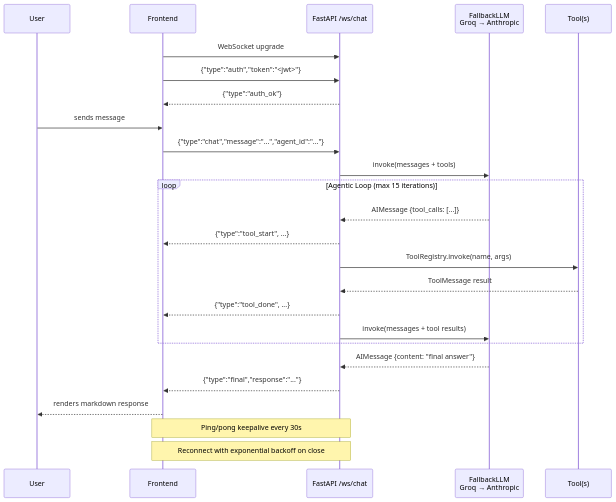
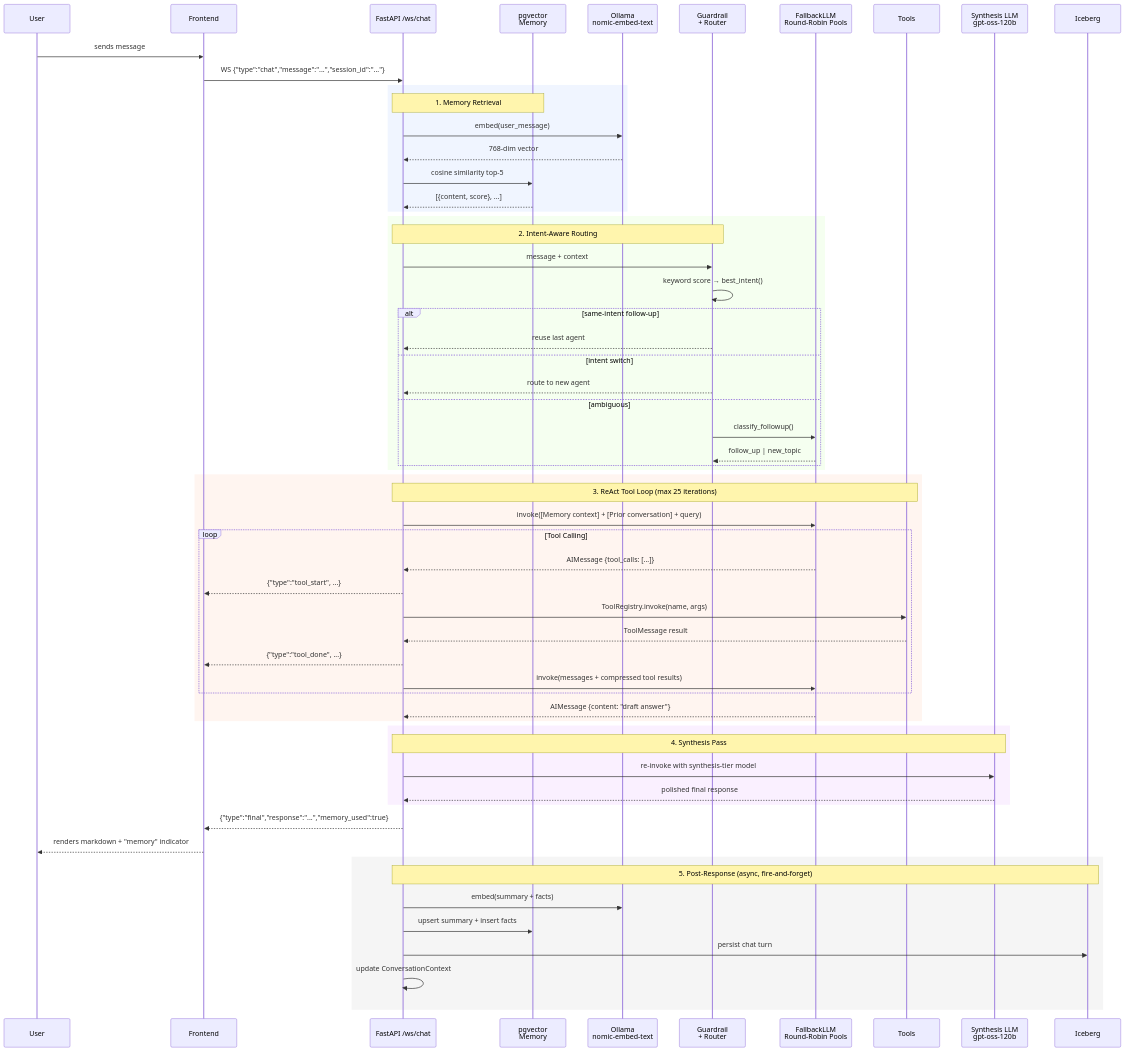
Before and after one commit to asequitytrading-design/ai-agent-ui: the second of 4 diagrams in README.md, drawn with Mermaid. The commit also changed other lines of this file and 204 other files, not shown here.

First line of the commit message:
Sprint 4: Memory-augmented chat, round-robin cascade, observability redesign (#108)

````diff
--- a/README.md
+++ b/README.md
@@ -156,32 +210,69 @@
 ```mermaid
 sequenceDiagram
     participant U as User
     participant FE as Frontend
     participant BE as FastAPI /ws/chat
-    participant LLM as FallbackLLM<br/>Groq → Anthropic
-    participant T as Tool(s)
-
-    FE->>BE: WebSocket upgrade
-    FE->>BE: {"type":"auth","token":"<jwt>"}
-    BE-->>FE: {"type":"auth_ok"}
+    participant MEM as pgvector<br/>Memory
+    participant EMB as Ollama<br/>nomic-embed-text
+    participant GD as Guardrail<br/>+ Router
+    participant LLM as FallbackLLM<br/>Round-Robin Pools
+    participant T as Tools
+    participant SYN as Synthesis LLM<br/>gpt-oss-120b
+    participant ICE as Iceberg
 
     U->>FE: sends message
-    FE->>BE: {"type":"chat","message":"...","agent_id":"..."}
-    BE->>LLM: invoke(messages + tools)
+    FE->>BE: WS {"type":"chat","message":"...","session_id":"..."}
 
-    loop Agentic Loop (max 15 iterations)
-        LLM-->>BE: AIMessage {tool_calls: [...]}
-        BE-->>FE: {"type":"tool_start", ...}
-        BE->>T: ToolRegistry.invoke(name, args)
-        T-->>BE: ToolMessage result
-        BE-->>FE: {"type":"tool_done", ...}
-        BE->>LLM: invoke(messages + tool results)
+    rect rgb(240, 245, 255)
+        Note over BE,MEM: 1. Memory Retrieval
+        BE->>EMB: embed(user_message)
+        EMB-->>BE: 768-dim vector
+        BE->>MEM: cosine similarity top-5
+        MEM-->>BE: [{content, score}, ...]
     end
 
-    LLM-->>BE: AIMessage {content: "final answer"}
-    BE-->>FE: {"type":"final","response":"..."}
-    FE-->>U: renders markdown response
+    rect rgb(245, 255, 240)
+        Note over BE,GD: 2. Intent-Aware Routing
+        BE->>GD: message + context
+        GD->>GD: keyword score → best_intent()
+        alt same-intent follow-up
+            GD-->>BE: reuse last agent
+        else intent switch
+            GD-->>BE: route to new agent
+        else ambiguous
+            GD->>LLM: classify_followup()
+            LLM-->>GD: follow_up | new_topic
+        end
+    end
 
-    Note over FE,BE: Ping/pong keepalive every 30s
-    Note over FE,BE: Reconnect with exponential backoff on close
+    rect rgb(255, 245, 240)
+        Note over BE,T: 3. ReAct Tool Loop (max 25 iterations)
+        BE->>LLM: invoke([Memory context] + [Prior conversation] + query)
+        loop Tool Calling
+            LLM-->>BE: AIMessage {tool_calls: [...]}
+            BE-->>FE: {"type":"tool_start", ...}
+            BE->>T: ToolRegistry.invoke(name, args)
+            T-->>BE: ToolMessage result
+            BE-->>FE: {"type":"tool_done", ...}
+            BE->>LLM: invoke(messages + compressed tool results)
+        end
+        LLM-->>BE: AIMessage {content: "draft answer"}
+    end
+
+    rect rgb(250, 240, 255)
+        Note over BE,SYN: 4. Synthesis Pass
+        BE->>SYN: re-invoke with synthesis-tier model
+        SYN-->>BE: polished final response
+    end
+
+    BE-->>FE: {"type":"final","response":"...","memory_used":true}
+    FE-->>U: renders markdown + "memory" indicator
+
+    rect rgb(245, 245, 245)
+        Note over BE,ICE: 5. Post-Response (async, fire-and-forget)
+        BE->>EMB: embed(summary + facts)
+        BE->>MEM: upsert summary + insert facts
+        BE->>ICE: persist chat turn
+        BE->>BE: update ConversationContext
+    end
 ```
````
